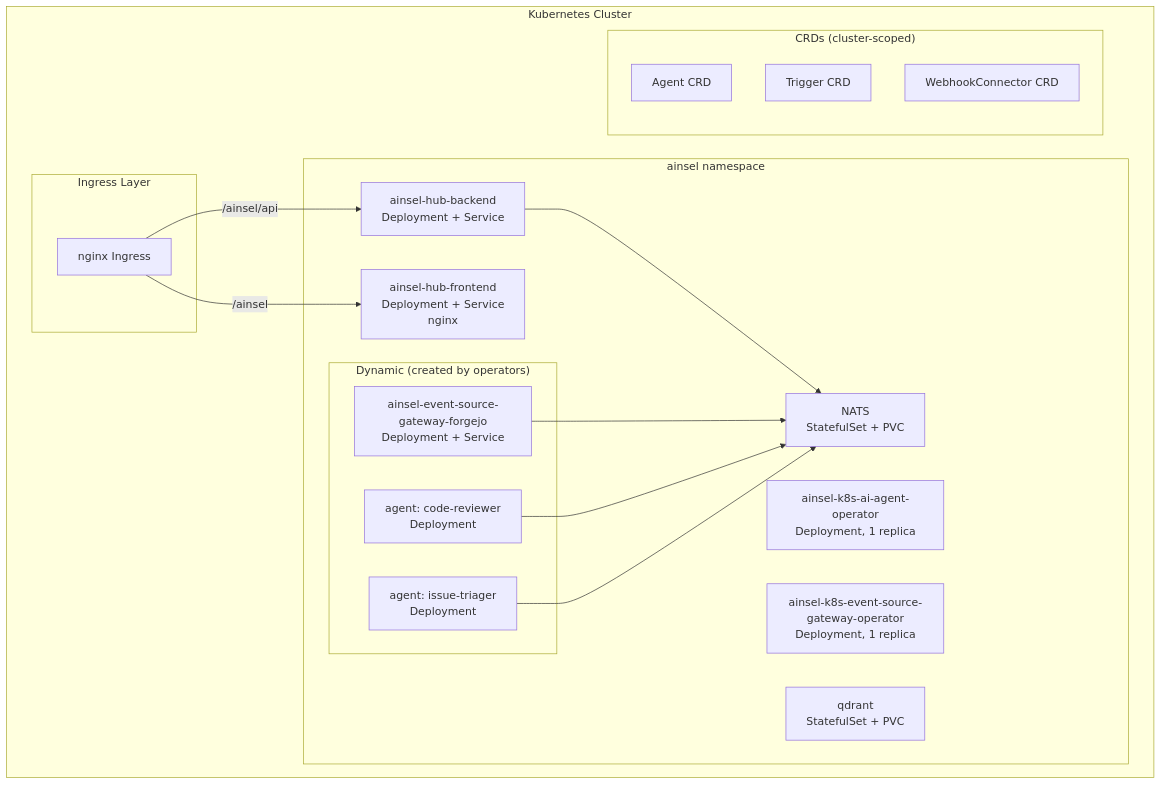
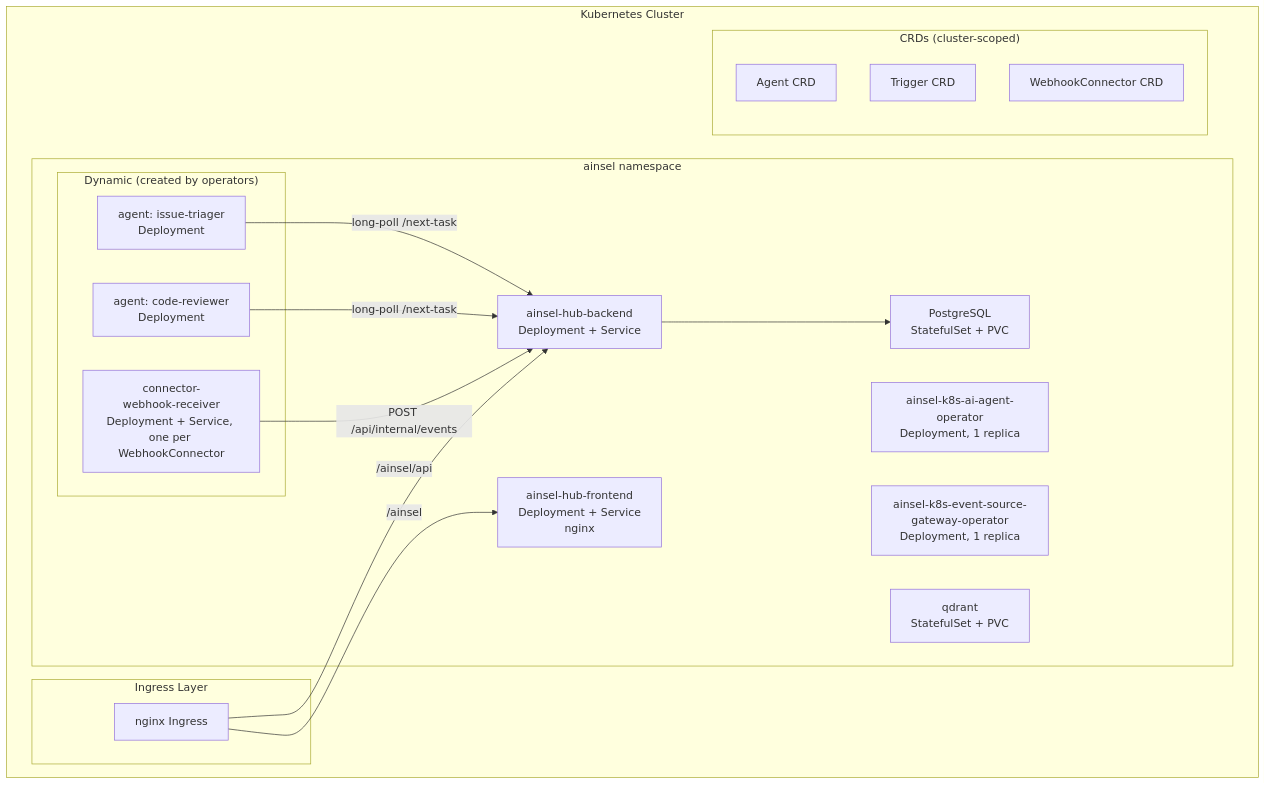
One commit to DominikPinsel/ainsel changed the sixth of 7 diagrams in docs/architecture.md. Above: the diagram before and after it, drawn with Mermaid. The commit also changed other lines of this file and 12 other files, not shown here.

First line of the commit message:
docs: ship the as-built event-flow rewrite + finish the staleness sweep (#242)

````diff
--- a/docs/architecture.md
+++ b/docs/architecture.md
@@ -259,36 +279,36 @@
 ```mermaid
 graph TD
     subgraph "Kubernetes Cluster"
         subgraph "ainsel namespace"
             AO[ainsel-k8s-ai-agent-operator<br/>Deployment, 1 replica]
             CO[ainsel-k8s-event-source-gateway-operator<br/>Deployment, 1 replica]
             HUB[ainsel-hub-backend<br/>Deployment + Service]
             UI_POD[ainsel-hub-frontend<br/>Deployment + Service<br/>nginx]
             QD[qdrant<br/>StatefulSet + PVC]
-            NATS_POD[NATS<br/>StatefulSet + PVC]
+            PG[PostgreSQL<br/>StatefulSet + PVC]
 
             subgraph "Dynamic (created by operators)"
-                FC_POD[ainsel-event-source-gateway-forgejo<br/>Deployment + Service]
+                FC_POD[connector-<name><br/>webhook-receiver<br/>Deployment + Service, one per WebhookConnector]
                 AR1_POD[agent: code-reviewer<br/>Deployment]
                 AR2_POD[agent: issue-triager<br/>Deployment]
             end
         end
 
         subgraph "Ingress Layer"
             ING[nginx Ingress]
         end
 
         subgraph "CRDs (cluster-scoped)"
             CRD1[Agent CRD]
             CRD2[Trigger CRD]
             CRD3[WebhookConnector CRD]
         end
     end
 
     ING -->|/ainsel/api| HUB
     ING -->|/ainsel| UI_POD
-    HUB --> NATS_POD
-    FC_POD --> NATS_POD
-    AR1_POD --> NATS_POD
-    AR2_POD --> NATS_POD
+    HUB --> PG
+    FC_POD -->|POST /api/internal/events| HUB
+    AR1_POD -->|long-poll /next-task| HUB
+    AR2_POD -->|long-poll /next-task| HUB
 ```
````
